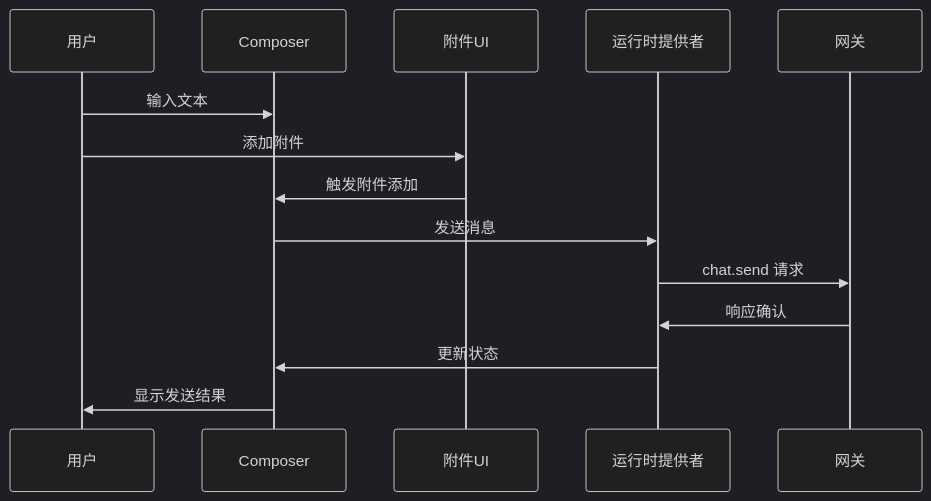
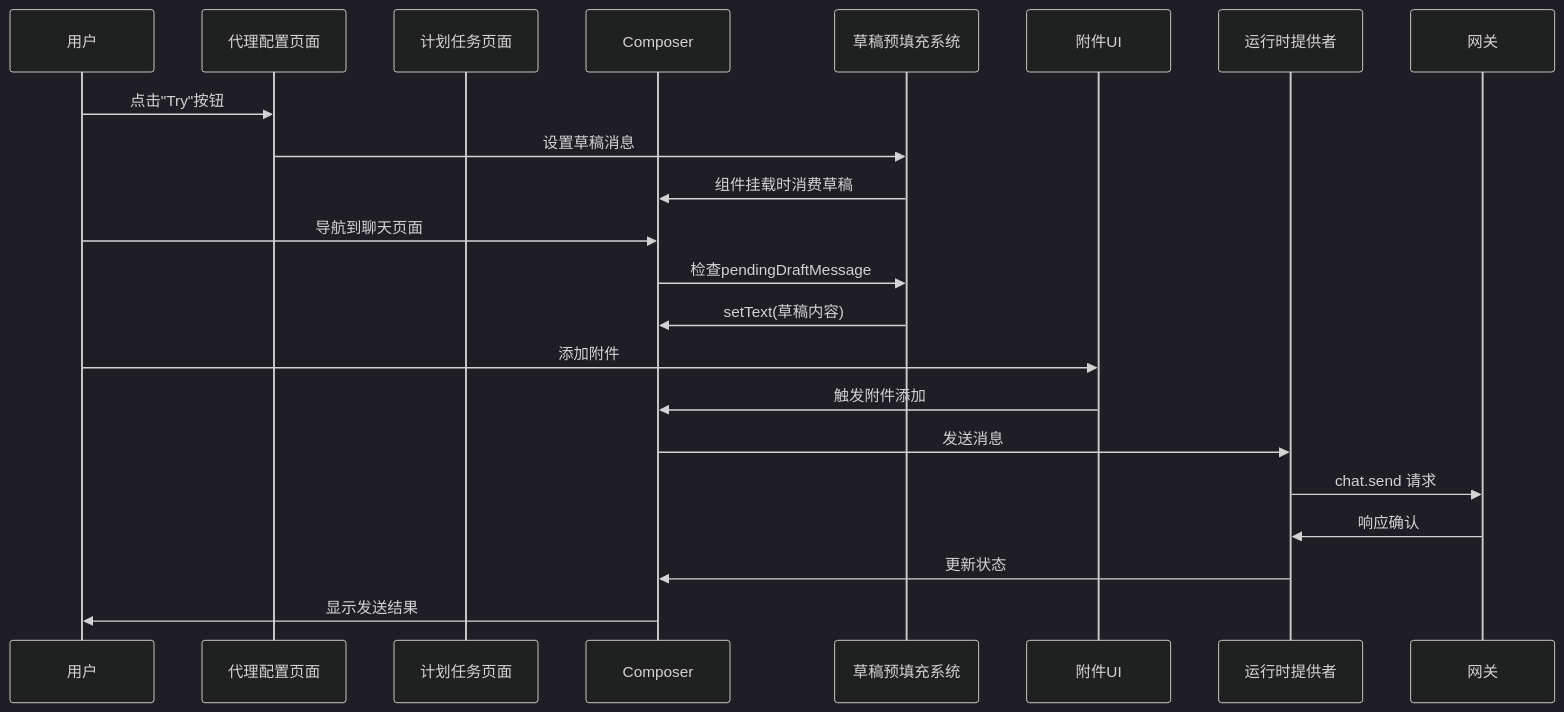
Before and after one commit to verse-ai-org/openclaw: the third of 12 diagrams in .qoder/repowiki/zh/content/Composer Component.md, drawn with Mermaid (dark theme). The commit also changed other lines of this file and 55 other files, not shown here.

````diff
--- a/.qoder/repowiki/zh/content/Composer Component.md
+++ b/.qoder/repowiki/zh/content/Composer Component.md
@@ -135,16 +167,24 @@
 ```mermaid
 sequenceDiagram
 participant User as 用户
+participant AgentProfile as 代理配置页面
+participant ScheduledTasks as 计划任务页面
 participant Composer as Composer
+participant DraftPrefill as 草稿预填充系统
 participant AttachmentUI as 附件UI
 participant RuntimeProvider as 运行时提供者
 participant Gateway as 网关
-User->>Composer : 输入文本
+User->>AgentProfile : 点击"Try"按钮
+AgentProfile->>DraftPrefill : 设置草稿消息
+DraftPrefill->>Composer : 组件挂载时消费草稿
+User->>Composer : 导航到聊天页面
+Composer->>DraftPrefill : 检查pendingDraftMessage
+DraftPrefill->>Composer : setText(草稿内容)
 User->>AttachmentUI : 添加附件
 AttachmentUI->>Composer : 触发附件添加
 Composer->>RuntimeProvider : 发送消息
 RuntimeProvider->>Gateway : chat.send 请求
 Gateway->>RuntimeProvider : 响应确认
 RuntimeProvider->>Composer : 更新状态
 Composer->>User : 显示发送结果
 ```
````
